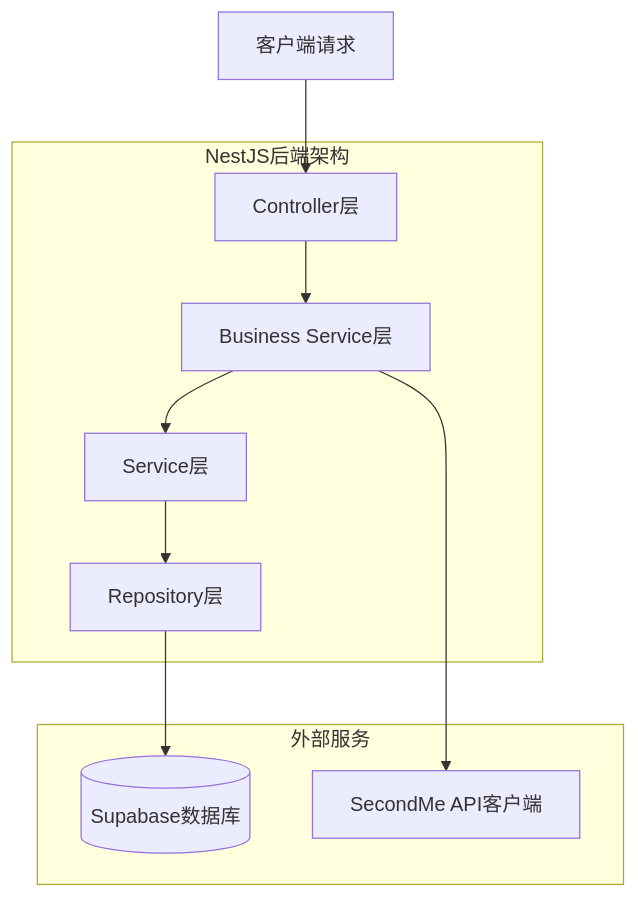
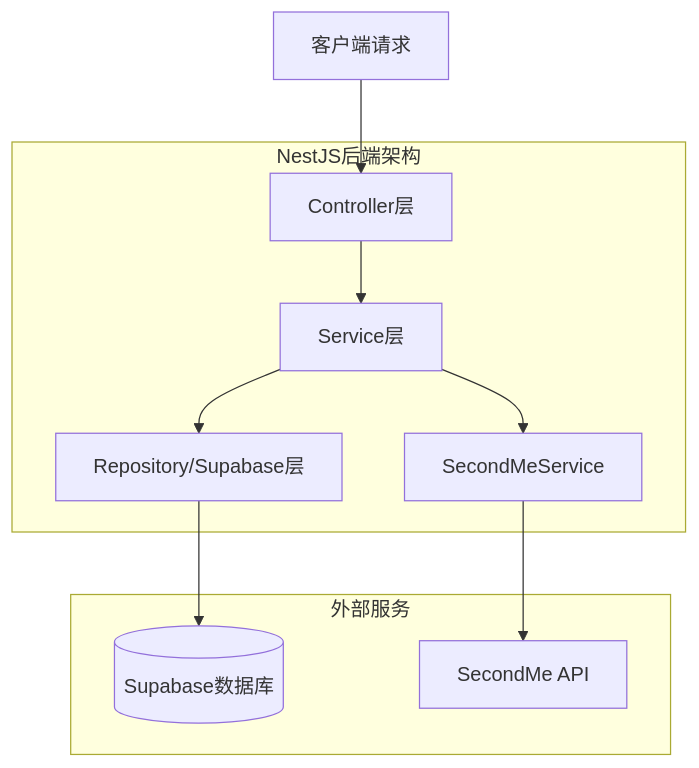
One commit to Terencesun/hackathon-202602 changed the second of 4 diagrams in .trae/documents/secondme-a2a-simulation-tech.md. Above: the diagram before and after it, drawn with Mermaid. The commit also changed other lines of this file and 10 other files, not shown here.

````diff
--- a/.trae/documents/secondme-a2a-simulation-tech.md
+++ b/.trae/documents/secondme-a2a-simulation-tech.md
@@ -175,22 +103,22 @@
 ```mermaid
 graph TD
     A[客户端请求] --> B[Controller层]
-    B --> C[Business Service层]
-    C --> D[Service层]
-    D --> E[Repository层]
-    E --> F[(Supabase数据库)]
+    B --> C[Service层]
+    C --> D[Repository/Supabase层]
+    D --> E[(Supabase数据库)]
     
-    C --> G[SecondMe API客户端]
+    C --> F[SecondMeService]
+    F --> G[SecondMe API]
     
     subgraph "NestJS后端架构"
         B
         C
         D
-        E
+        F
     end
     
     subgraph "外部服务"
-        F
+        E
         G
     end
 ```
````
